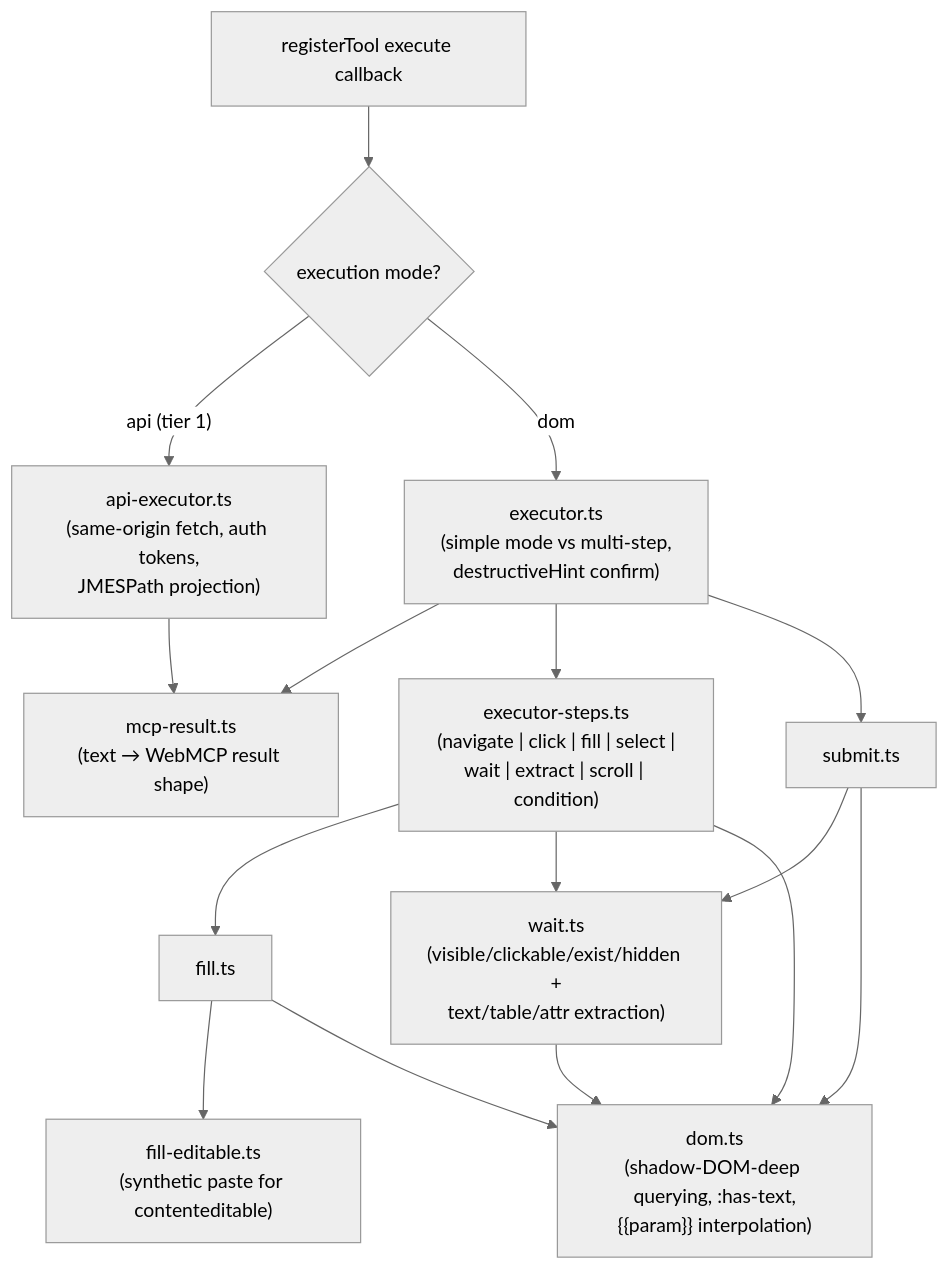
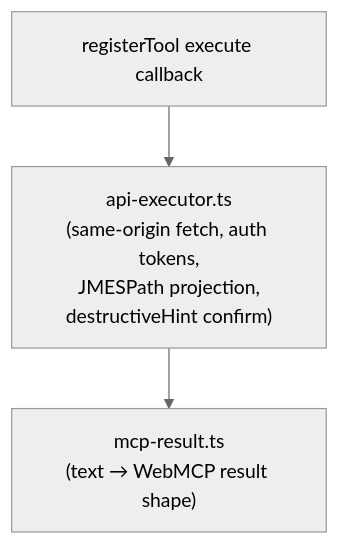
Before and after one commit to robertn702/webmcp-today: the fourth of 5 diagrams in apps/extension/ARCHITECTURE.md, drawn with Mermaid (neutral theme). The commit also changed other lines of this file and 38 other files, not shown here.

First line of the commit message:
feat: remove DOM execution mode, api is the only execution mode

````diff
--- a/apps/extension/ARCHITECTURE.md
+++ b/apps/extension/ARCHITECTURE.md
@@ -126,18 +126,5 @@
 ```mermaid
 flowchart TB
-    CB["registerTool execute callback"] --> MODE{execution mode?}
-    MODE -- "api (tier 1)" --> API["api-executor.ts<br/>(same-origin fetch, auth tokens,<br/>JMESPath projection)"]
-    MODE -- "dom" --> EX["executor.ts<br/>(simple mode vs multi-step,<br/>destructiveHint confirm)"]
+    CB["registerTool execute callback"] --> API["api-executor.ts<br/>(same-origin fetch, auth tokens,<br/>JMESPath projection,<br/>destructiveHint confirm)"]
     API --> RESULT["mcp-result.ts<br/>(text → WebMCP result shape)"]
-    EX --> RESULT
-    EX --> STEPS["executor-steps.ts<br/>(navigate | click | fill | select |<br/>wait | extract | scroll | condition)"]
-    EX --> SUBMIT["submit.ts"]
-    STEPS --> FILL["fill.ts"] --> FE["fill-editable.ts<br/>(synthetic paste for contenteditable)"]
-    STEPS --> WAIT["wait.ts<br/>(visible/clickable/exist/hidden +<br/>text/table/attr extraction)"]
-    SUBMIT --> WAIT
-    FILL --> DOM["dom.ts"]
-    WAIT --> DOM
-    SUBMIT --> DOM
-    STEPS --> DOM
-    DOM["dom.ts<br/>(shadow-DOM-deep querying, :has-text,<br/>{{param}} interpolation)"]
 ```
````
